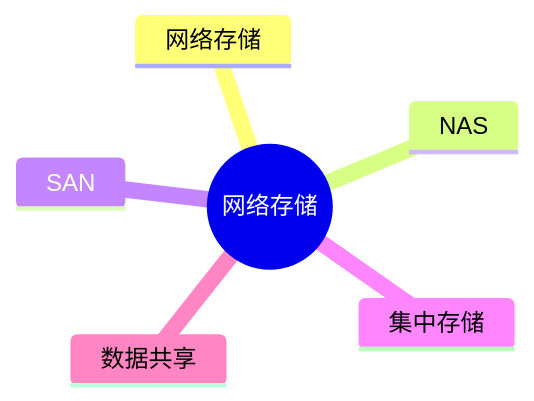
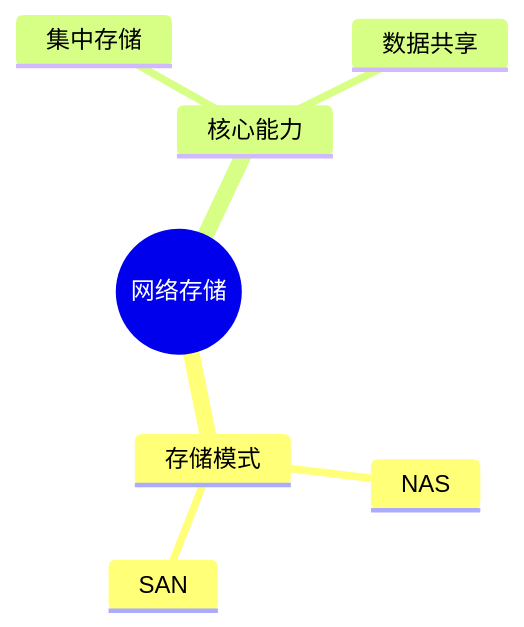
The first of 2 diagrams in docs/ruankao/system-architect/chapters/chapter-05/13-network-storage.md (skylonely/sgao-website), drawn with Mermaid before and after one commit. The commit also changed other lines of this file and 39 other files, not shown here.

Commit message:
fix: Mermaid 思维导图

````diff
--- a/docs/ruankao/system-architect/chapters/chapter-05/13-network-storage.md
+++ b/docs/ruankao/system-architect/chapters/chapter-05/13-network-storage.md
@@ -35,9 +35,10 @@
 ```mermaid
 mindmap
   root((网络存储))
-    网络存储
-    NAS
-    SAN
-    集中存储
-    数据共享
+    存储模式
+      NAS
+      SAN
+    核心能力
+      集中存储
+      数据共享
 ```
````
